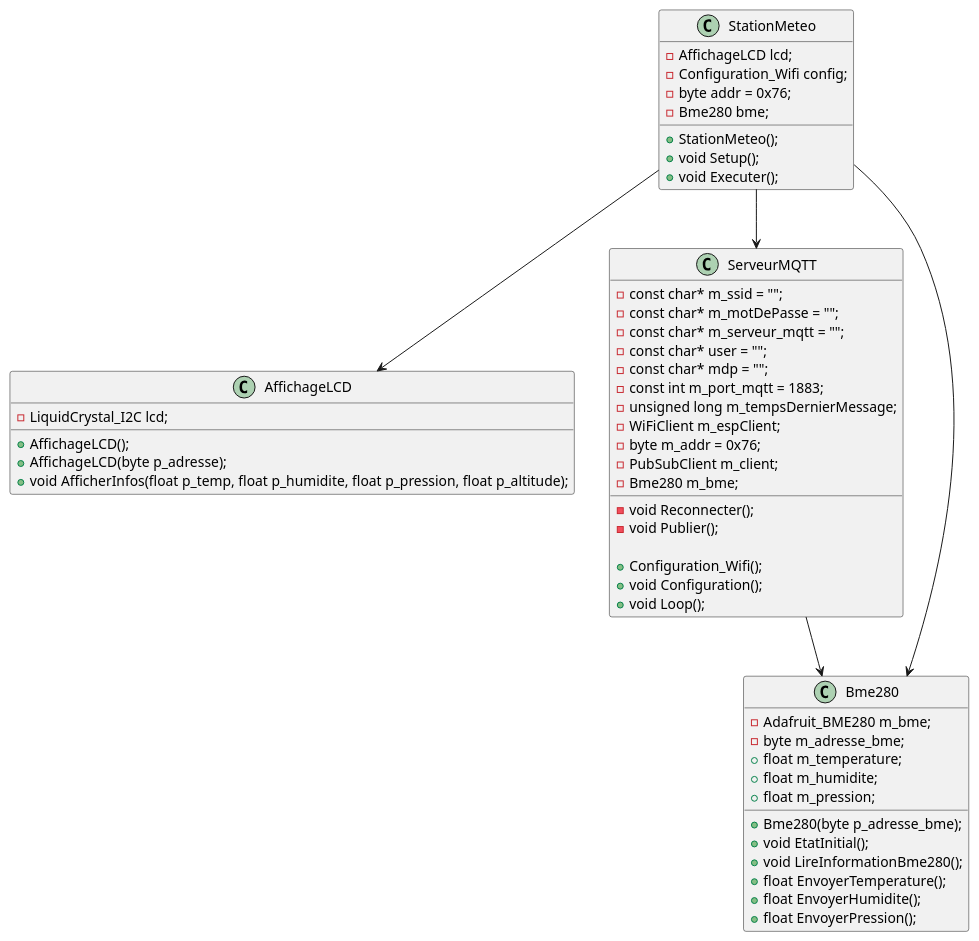
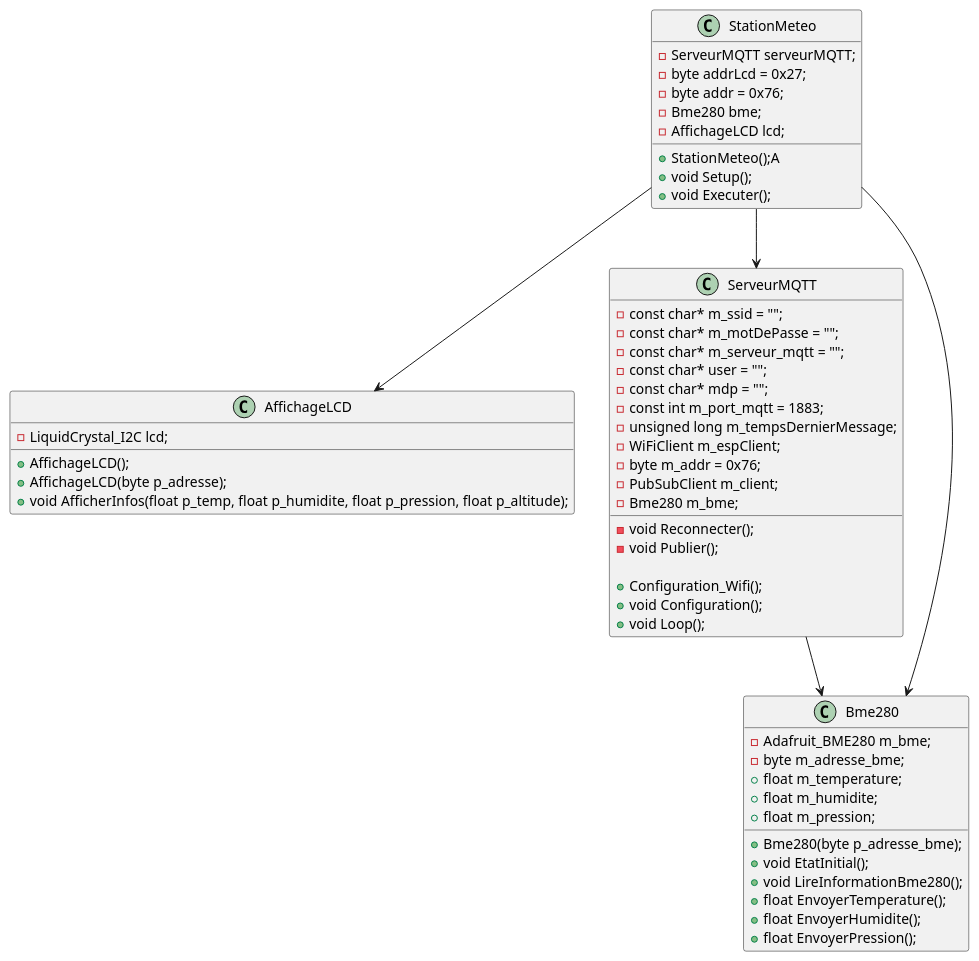
The diagram in DiagrammeDeClasse/DiagrammeStationMeteo.wsd (Keven44977/Station-Meteo-TP3), drawn with PlantUML before and after one commit. The commit also changed 5 other files, not shown here.

```diff
--- a/DiagrammeDeClasse/DiagrammeStationMeteo.wsd
+++ b/DiagrammeDeClasse/DiagrammeStationMeteo.wsd
@@ -1,61 +1,62 @@
 @startuml StationMeteo
 
 class StationMeteo {
-    - AffichageLCD lcd;
-    - Configuration_Wifi config;
+    - ServeurMQTT serveurMQTT;
+    - byte addrLcd = 0x27;
     - byte addr = 0x76;
     - Bme280 bme;
+    - AffichageLCD lcd;
 
-    + StationMeteo();
+    + StationMeteo();A
     + void Setup();
     + void Executer();
 }
 
 class Bme280 {
     - Adafruit_BME280 m_bme;
     - byte m_adresse_bme;
     + float m_temperature;
     + float m_humidite;
     + float m_pression;
 
     + Bme280(byte p_adresse_bme);
     + void EtatInitial();
     + void LireInformationBme280();
     + float EnvoyerTemperature();
     + float EnvoyerHumidite();
     + float EnvoyerPression();
 }
 
 class AffichageLCD {
     - LiquidCrystal_I2C lcd;
 
     + AffichageLCD();
     + AffichageLCD(byte p_adresse);
     + void AfficherInfos(float p_temp, float p_humidite, float p_pression, float p_altitude);
 }
 
 class ServeurMQTT {
     - const char* m_ssid = "";
 	- const char* m_motDePasse = "";
 	- const char* m_serveur_mqtt = "";
     - const char* user = "";
     - const char* mdp = "";
     - const int m_port_mqtt = 1883;
     - unsigned long m_tempsDernierMessage;
     - WiFiClient m_espClient;
     - byte m_addr = 0x76;
     - PubSubClient m_client;
     - Bme280 m_bme;
     - void Reconnecter();
     - void Publier();
 
     + Configuration_Wifi();
     + void Configuration();
     + void Loop();
 }
 
 ServeurMQTT --> Bme280
 StationMeteo --> ServeurMQTT
 StationMeteo --> AffichageLCD
 Bme280 <-- StationMeteo
 @enduml
```
